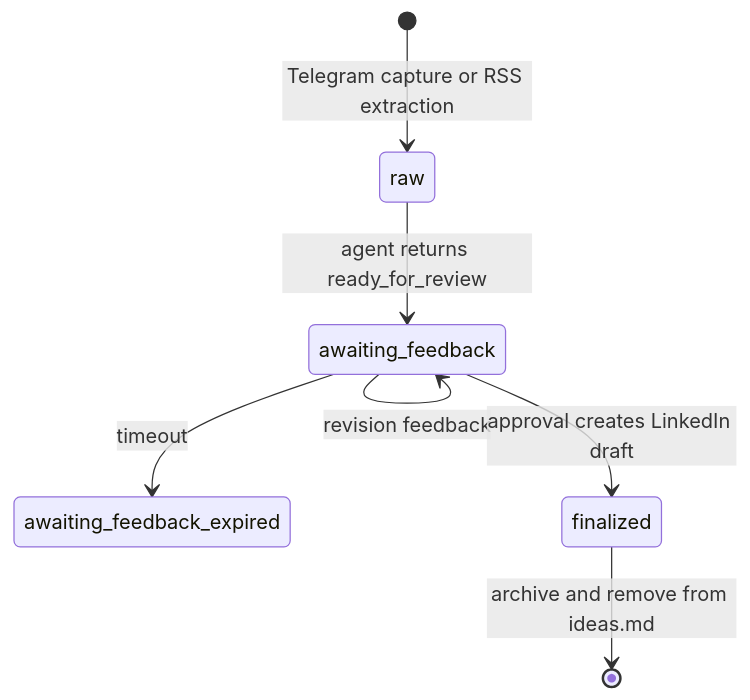
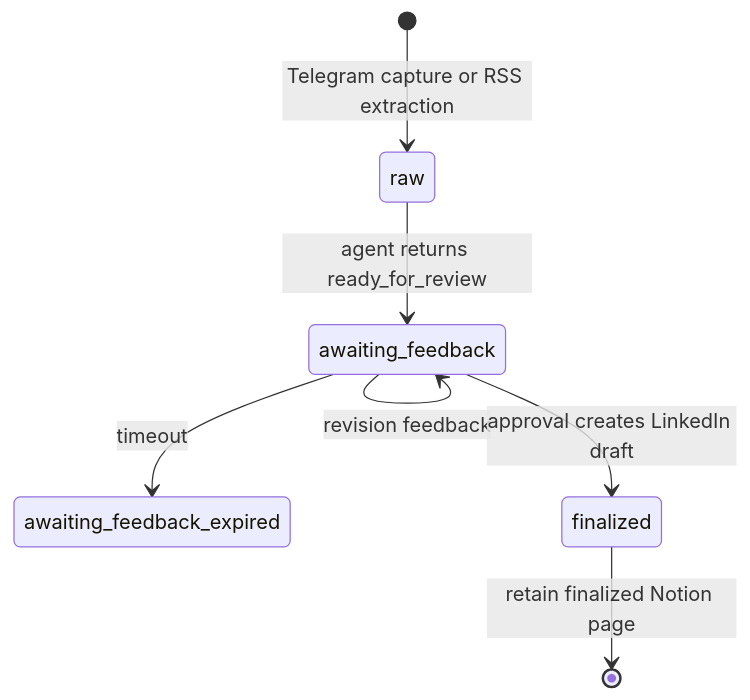
Before and after one commit to satwikhebbar/kipp: the second of 3 diagrams in docs/architecture/data-and-state.md, drawn with Mermaid. The commit also changed other lines of this file and 7 other files, not shown here.

Commit message:
docs: align architecture with Notion idea storage

````diff
--- a/docs/architecture/data-and-state.md
+++ b/docs/architecture/data-and-state.md
@@ -45,9 +50,9 @@
 ```mermaid
 stateDiagram-v2
   [*] --> raw: Telegram capture or RSS extraction
   raw --> awaiting_feedback: agent returns ready_for_review
   awaiting_feedback --> awaiting_feedback: revision feedback
   awaiting_feedback --> awaiting_feedback_expired: timeout
   awaiting_feedback --> finalized: approval creates LinkedIn draft
-  finalized --> [*]: archive and remove from ideas.md
+  finalized --> [*]: retain finalized Notion page
 ```
````
